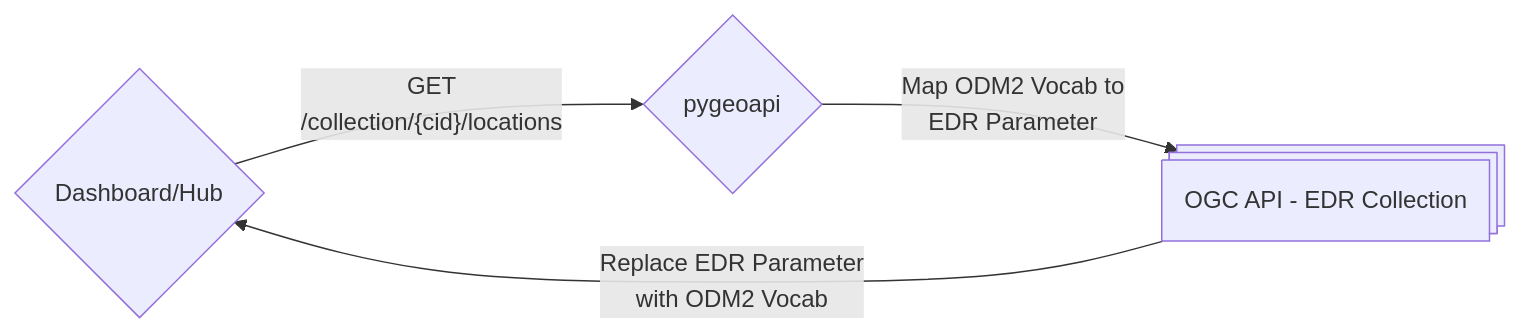
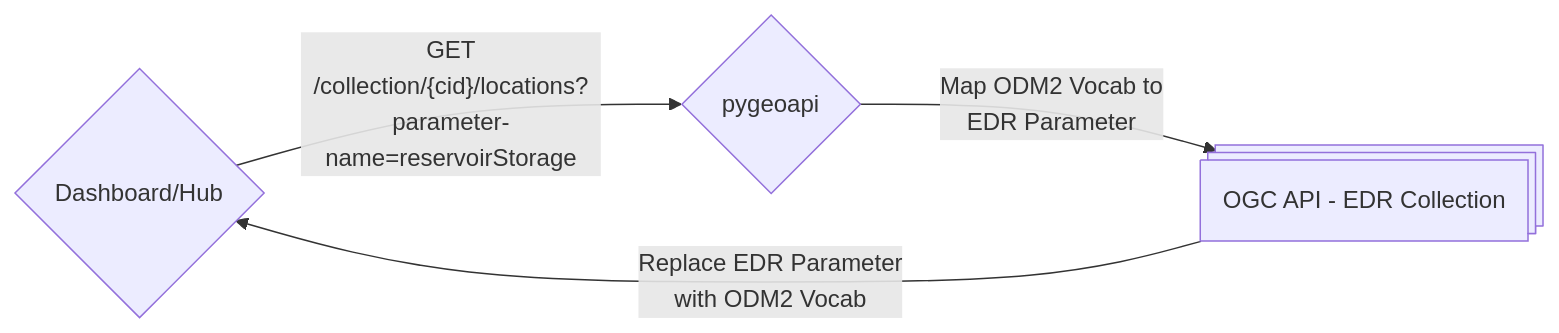
The second of 4 diagrams in docs/ontology.md (internetofwater/Western-Water-Datahub), drawn with Mermaid before and after one commit. The commit also changed other lines of this file and 2 other files, not shown here.

````diff
--- a/docs/ontology.md
+++ b/docs/ontology.md
@@ -35,8 +35,8 @@
 ```mermaid
 flowchart LR
     I{Dashboard/Hub}
     P{pygeoapi}
     E@{ shape: procs, label: "OGC API - EDR Collection"}
 
-    I -- GET<br>/collection/{cid}/locations --> P -- Map ODM2 Vocab to<br>EDR Parameter --> E  -- Replace EDR Parameter<br>with ODM2 Vocab --> I
+    I -- GET<br>/collection/{cid}/locations?parameter-name=reservoirStorage --> P -- Map ODM2 Vocab to<br>EDR Parameter --> E  -- Replace EDR Parameter<br>with ODM2 Vocab --> I
 ```
````
